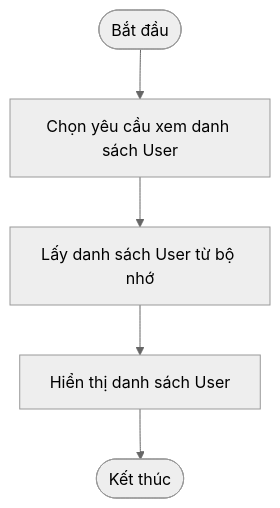
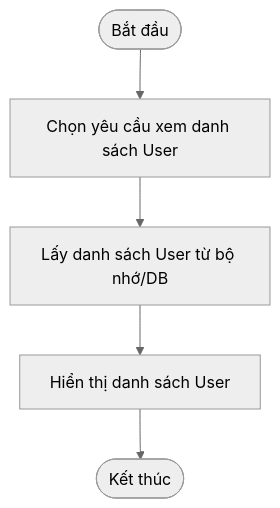
Before and after one commit to Elysia0533/00P_N04_25_26_TienDuc_ThanhBinh_PhamLuong: the second of 4 diagrams in README.md, drawn with Mermaid (neutral theme). The commit also changed other lines of this file, not shown here.

````diff
--- a/README.md
+++ b/README.md
@@ -74,7 +177,7 @@
 ```mermaid
 flowchart TD
-    A([Bắt đầu]) --> B[Chọn yêu cầu xem danh sách User]
-    B --> C[Lấy danh sách User từ bộ nhớ]
-    C --> D[Hiển thị danh sách User]
-    D --> E([Kết thúc])
+    A([Bắt đầu]) --> B[Chọn yêu cầu xem danh sách User]
+    B --> C[Lấy danh sách User từ bộ nhớ/DB]
+    C --> D[Hiển thị danh sách User]
+    D --> E([Kết thúc])
 ```
````
